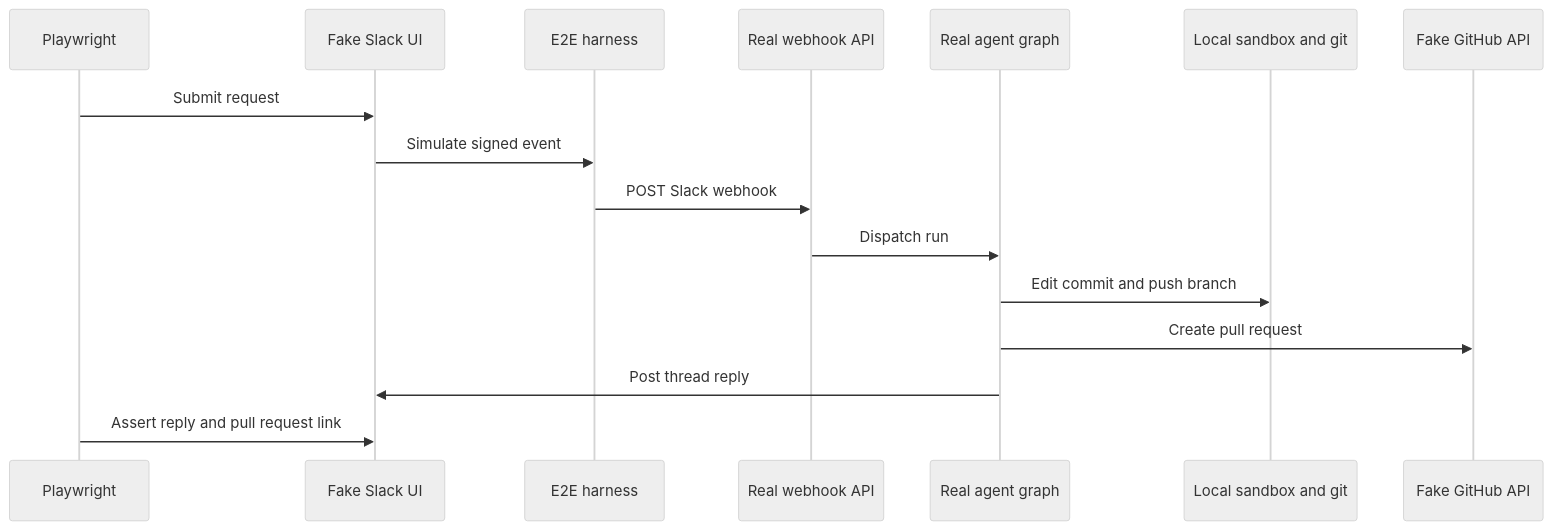
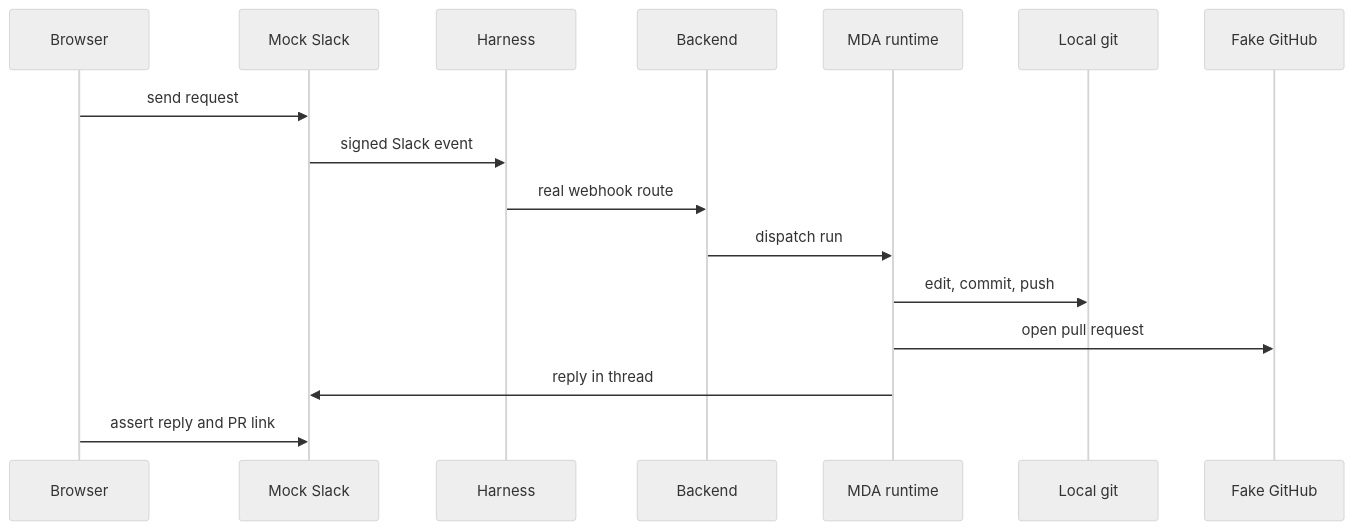
One commit to langchain-ai/open-swe changed the third of 3 diagrams in openwiki/testing/overview.md. Above: the diagram before and after it, drawn with Mermaid (neutral theme). The commit also changed other lines of this file and 78 other files, not shown here.

````diff
--- a/openwiki/testing/overview.md
+++ b/openwiki/testing/overview.md
@@ -131,18 +138,18 @@
 ```mermaid
 sequenceDiagram
-    participant PW as Playwright
-    participant Slack as Fake Slack UI
-    participant Harness as E2E harness
-    participant API as Real webhook API
-    participant Agent as Real agent graph
-    participant Git as Local sandbox and git
-    participant Hub as Fake GitHub API
-    PW->>Slack: Submit request
-    Slack->>Harness: Simulate signed event
-    Harness->>API: POST Slack webhook
-    API->>Agent: Dispatch run
-    Agent->>Git: Edit commit and push branch
-    Agent->>Hub: Create pull request
-    Agent->>Slack: Post thread reply
-    PW->>Slack: Assert reply and pull request link
+  participant Browser
+  participant Slack as Mock Slack
+  participant Harness
+  participant Backend
+  participant MDA as MDA runtime
+  participant Git as Local git
+  participant Hub as Fake GitHub
+  Browser->>Slack: send request
+  Slack->>Harness: signed Slack event
+  Harness->>Backend: real webhook route
+  Backend->>MDA: dispatch run
+  MDA->>Git: edit, commit, push
+  MDA->>Hub: open pull request
+  MDA->>Slack: reply in thread
+  Browser->>Slack: assert reply and PR link
 ```
````
